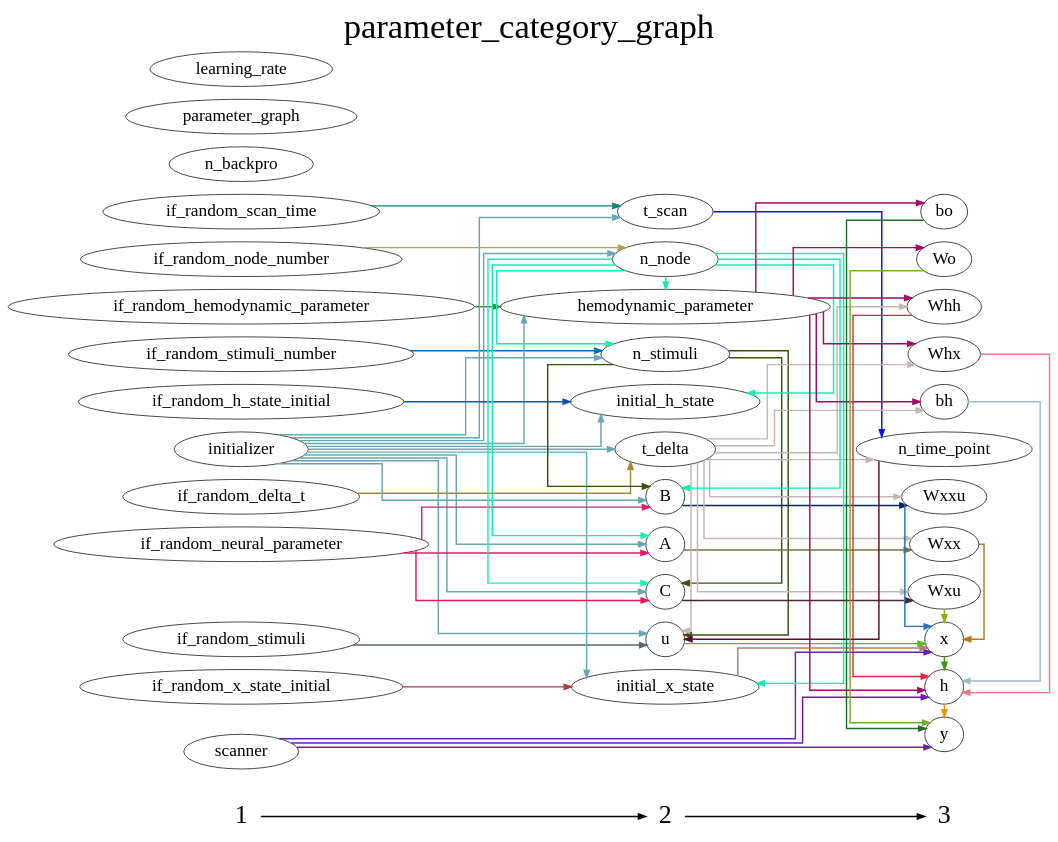
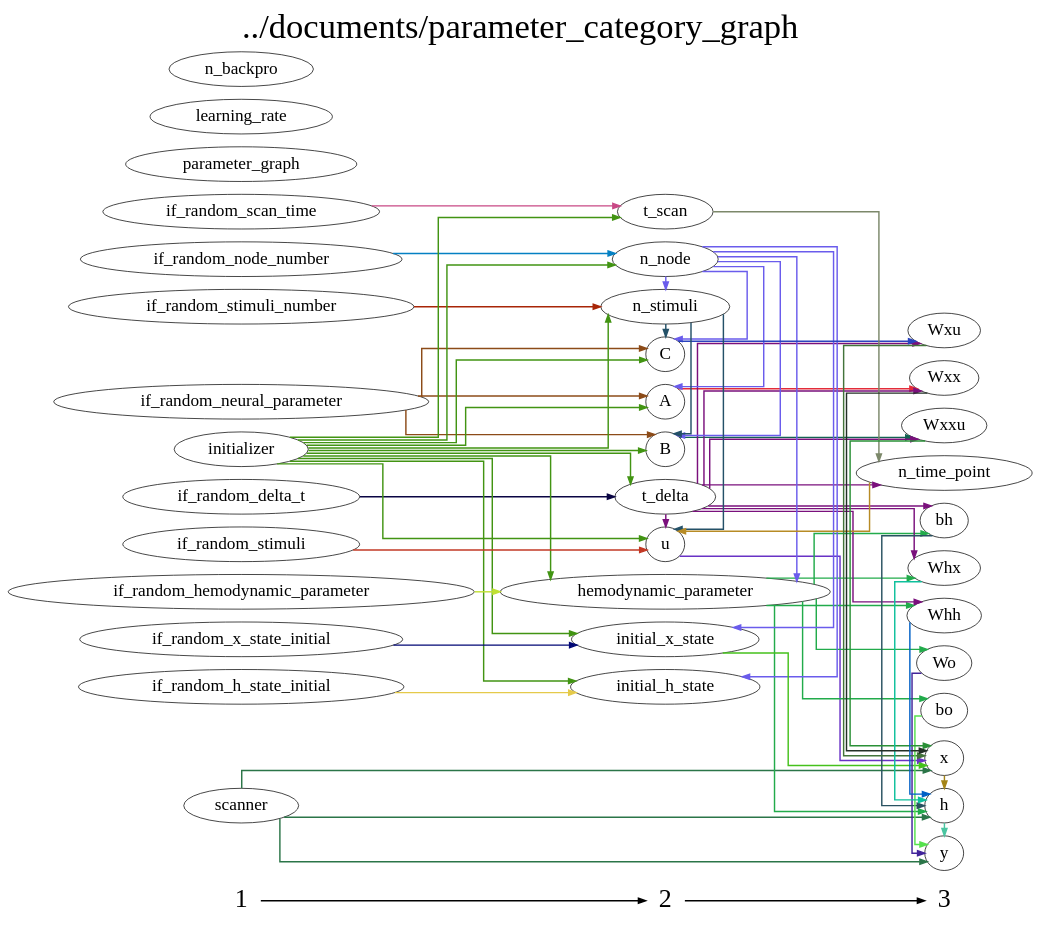
One commit to YuanWangOnward/DCM_RNN changed the diagram in DCM_RNN/documents/parameter_category_graph.gv. Above: the diagram before and after it, drawn with Graphviz. The commit also changed 8 other files, not shown here.

```diff
--- a/DCM_RNN/documents/parameter_category_graph.gv
+++ b/DCM_RNN/documents/parameter_category_graph.gv
@@ -1,132 +1,132 @@
 digraph G {
           splines=ortho;
           fontsize = 48;
           rankdir = "LR";
           node[fontsize=24];
           edge[penwidth=2];
           {
           node [shape=plaintext fontsize=36];
           1 -> 
           2 -> 
           3
           }
           {rank = same;
           1;
+          if_random_neural_parameter;
+          parameter_graph;
+          if_random_scan_time;
+          if_random_delta_t;
+          if_random_node_number;
+          if_random_h_state_initial;
+          if_random_stimuli_number;
+          learning_rate;
+          scanner;
+          n_backpro;
+          initializer;
           if_random_hemodynamic_parameter;
-          if_random_delta_t;
-          n_backpro;
-          scanner;
-          parameter_graph;
-          learning_rate;
+          if_random_x_state_initial;
           if_random_stimuli;
-          if_random_scan_time;
-          if_random_stimuli_number;
-          initializer;
-          if_random_node_number;
-          if_random_x_state_initial;
-          if_random_h_state_initial;
-          if_random_neural_parameter;
           }
           {rank = same;
           2;
-          n_stimuli;
-          initial_h_state;
+          A;
+          u;
           B;
-          A;
-          t_scan;
-          u;
+          hemodynamic_parameter;
           t_delta;
           n_node;
           C;
-          hemodynamic_parameter;
+          t_scan;
           initial_x_state;
+          n_stimuli;
+          initial_h_state;
           }
           {rank = same;
           3;
-          Whh;
           n_time_point;
-          Whx;
+          x;
+          Wo;
+          bh;
           Wxu;
-          y;
-          bh;
           bo;
           h;
-          Wo;
-          x;
+          y;
+          Wxxu;
+          Whx;
           Wxx;
-          Wxxu;
+          Whh;
           }
-          n_stimuli -> B [color="#345506"];
-          n_stimuli -> u [color="#345506"];
-          n_stimuli -> C [color="#345506"];
+          if_random_neural_parameter -> B [color="#8C4B18"];
+          if_random_neural_parameter -> A [color="#8C4B18"];
+          if_random_neural_parameter -> C [color="#8C4B18"];
+          B -> Wxxu [color="#126352"];
+          if_random_scan_time -> t_scan [color="#C84885"];
+          n_time_point -> u [color="#B78B25"];
+          Wxxu -> x [color="#2A9037"];
+          x -> h [color="#A48418"];
+          initial_h_state ;
+          u -> x [color="#6932C5"];
+          Wo -> y [color="#41249A"];
+          hemodynamic_parameter -> bo [color="#22AB4B"];
+          hemodynamic_parameter -> Wo [color="#22AB4B"];
+          hemodynamic_parameter -> bh [color="#22AB4B"];
+          hemodynamic_parameter -> Whx [color="#22AB4B"];
+          hemodynamic_parameter -> Whh [color="#22AB4B"];
+          hemodynamic_parameter -> h [color="#22AB4B"];
+          if_random_delta_t -> t_delta [color="#0A0543"];
+          bh -> h [color="#295261"];
+          C -> Wxu [color="#2A43BE"];
+          h -> y [color="#4BC5A1"];
+          Wxu -> x [color="#43743B"];
+          bo -> y [color="#56E14E"];
+          if_random_stimuli -> u [color="#C23824"];
+          n_node -> B [color="#6A5CEC"];
+          n_node -> hemodynamic_parameter [color="#6A5CEC"];
+          n_node -> n_stimuli [color="#6A5CEC"];
+          n_node -> A [color="#6A5CEC"];
+          n_node -> C [color="#6A5CEC"];
+          n_node -> initial_x_state [color="#6A5CEC"];
+          n_node -> initial_h_state [color="#6A5CEC"];
+          if_random_stimuli_number -> n_stimuli [color="#A82507"];
+          if_random_node_number -> n_node [color="#0480C3"];
           learning_rate ;
-          initial_h_state ;
-          n_time_point -> u [color="#600830"];
-          if_random_delta_t -> t_delta [color="#A08834"];
-          Whx -> h [color="#EC768A"];
-          Wxu -> x [color="#83B210"];
+          t_scan -> n_time_point [color="#7C886A"];
+          if_random_h_state_initial -> initial_h_state [color="#E5CA4A"];
+          Whx -> h [color="#0EC09C"];
+          y ;
+          parameter_graph ;
           n_backpro ;
-          hemodynamic_parameter -> bh [color="#A40867"];
-          hemodynamic_parameter -> Wo [color="#A40867"];
-          hemodynamic_parameter -> Whx [color="#A40867"];
-          hemodynamic_parameter -> bo [color="#A40867"];
-          hemodynamic_parameter -> Whh [color="#A40867"];
-          hemodynamic_parameter -> h [color="#A40867"];
-          scanner -> y [color="#6C1CB6"];
-          scanner -> x [color="#6C1CB6"];
-          scanner -> h [color="#6C1CB6"];
-          B -> Wxxu [color="#082A58"];
-          parameter_graph ;
-          x -> h [color="#44940A"];
-          bh -> h [color="#A1B9C2"];
-          if_random_node_number -> n_node [color="#B3A157"];
-          A -> Wxx [color="#747546"];
-          bo -> y [color="#1A712A"];
-          t_scan -> n_time_point [color="#0716E0"];
-          Whh -> h [color="#E62545"];
-          C -> Wxu [color="#4C2735"];
-          u -> x [color="#43C417"];
-          if_random_scan_time -> t_scan [color="#118377"];
-          if_random_stimuli_number -> n_stimuli [color="#016EBB"];
-          initializer -> B [color="#67A7B4"];
-          initializer -> A [color="#67A7B4"];
-          initializer -> hemodynamic_parameter [color="#67A7B4"];
-          initializer -> u [color="#67A7B4"];
-          initializer -> t_scan [color="#67A7B4"];
-          initializer -> initial_x_state [color="#67A7B4"];
-          initializer -> n_stimuli [color="#67A7B4"];
-          initializer -> initial_h_state [color="#67A7B4"];
-          initializer -> t_delta [color="#67A7B4"];
-          initializer -> n_node [color="#67A7B4"];
-          initializer -> C [color="#67A7B4"];
-          t_delta -> Wxu [color="#C5B6B4"];
-          t_delta -> bh [color="#C5B6B4"];
-          t_delta -> u [color="#C5B6B4"];
-          t_delta -> n_time_point [color="#C5B6B4"];
-          t_delta -> Whx [color="#C5B6B4"];
-          t_delta -> Whh [color="#C5B6B4"];
-          t_delta -> Wxx [color="#C5B6B4"];
-          t_delta -> Wxxu [color="#C5B6B4"];
-          h -> y [color="#E59403"];
-          n_node -> B [color="#11EEB5"];
-          n_node -> A [color="#11EEB5"];
-          n_node -> hemodynamic_parameter [color="#11EEB5"];
-          n_node -> initial_x_state [color="#11EEB5"];
-          n_node -> n_stimuli [color="#11EEB5"];
-          n_node -> initial_h_state [color="#11EEB5"];
-          n_node -> C [color="#11EEB5"];
-          Wo -> y [color="#72B026"];
-          Wxx -> x [color="#BA761B"];
-          if_random_stimuli -> u [color="#556A75"];
-          if_random_x_state_initial -> initial_x_state [color="#AE3846"];
-          if_random_h_state_initial -> initial_h_state [color="#0E56A5"];
-          y ;
-          if_random_neural_parameter -> B [color="#E91568"];
-          if_random_neural_parameter -> A [color="#E91568"];
-          if_random_neural_parameter -> C [color="#E91568"];
-          initial_x_state -> x [color="#B27C6A"];
-          if_random_hemodynamic_parameter -> hemodynamic_parameter [color="#2E8C2C"];
-          Wxxu -> x [color="#2775B9"];
+          initializer -> u [color="#429413"];
+          initializer -> B [color="#429413"];
+          initializer -> hemodynamic_parameter [color="#429413"];
+          initializer -> t_delta [color="#429413"];
+          initializer -> n_stimuli [color="#429413"];
+          initializer -> A [color="#429413"];
+          initializer -> C [color="#429413"];
+          initializer -> n_node [color="#429413"];
+          initializer -> t_scan [color="#429413"];
+          initializer -> initial_x_state [color="#429413"];
+          initializer -> initial_h_state [color="#429413"];
+          if_random_hemodynamic_parameter -> hemodynamic_parameter [color="#C0E133"];
+          initial_x_state -> x [color="#45C11C"];
+          A -> Wxx [color="#E32C3A"];
+          if_random_x_state_initial -> initial_x_state [color="#010775"];
+          t_delta -> u [color="#7A107C"];
+          t_delta -> bh [color="#7A107C"];
+          t_delta -> Wxx [color="#7A107C"];
+          t_delta -> Whx [color="#7A107C"];
+          t_delta -> Whh [color="#7A107C"];
+          t_delta -> n_time_point [color="#7A107C"];
+          t_delta -> Wxu [color="#7A107C"];
+          t_delta -> Wxxu [color="#7A107C"];
+          scanner -> x [color="#2B7548"];
+          scanner -> h [color="#2B7548"];
+          scanner -> y [color="#2B7548"];
+          Wxx -> x [color="#233026"];
+          Whh -> h [color="#0161C6"];
+          n_stimuli -> u [color="#245168"];
+          n_stimuli -> B [color="#245168"];
+          n_stimuli -> C [color="#245168"];
           labelloc = "t";
-          label = "parameter_category_graph";
+          label = "../documents/parameter_category_graph";
 }
```
